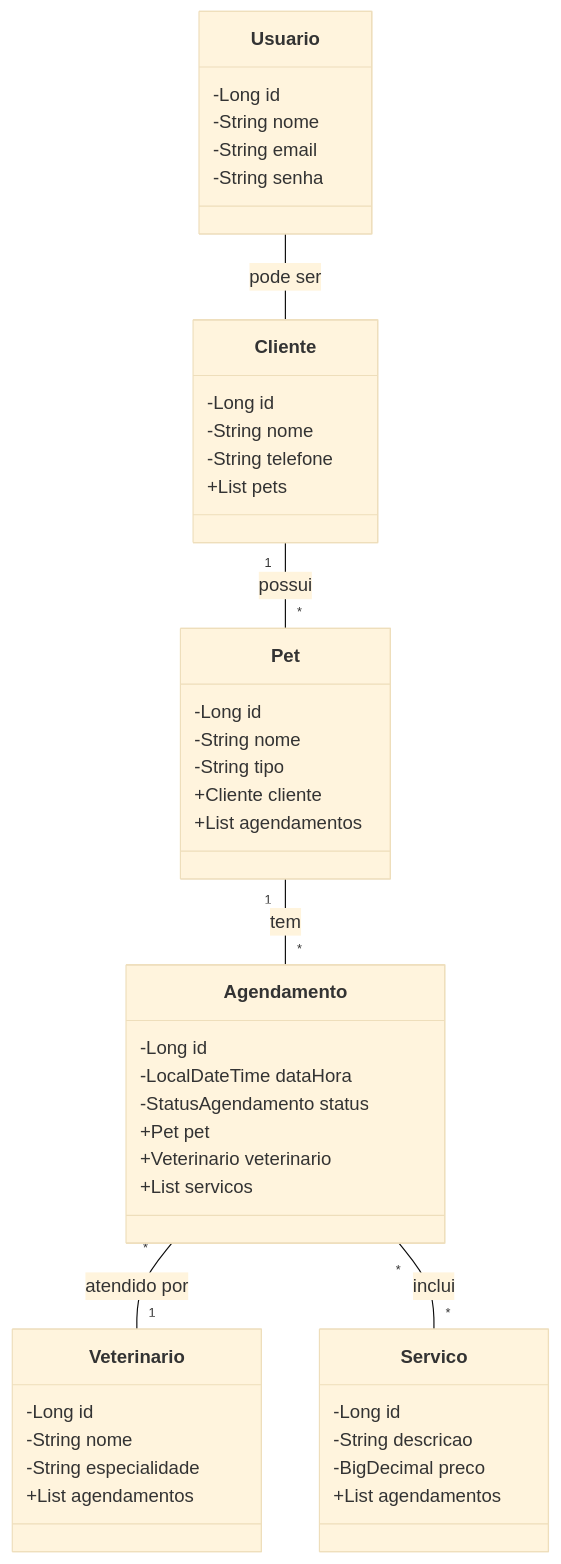
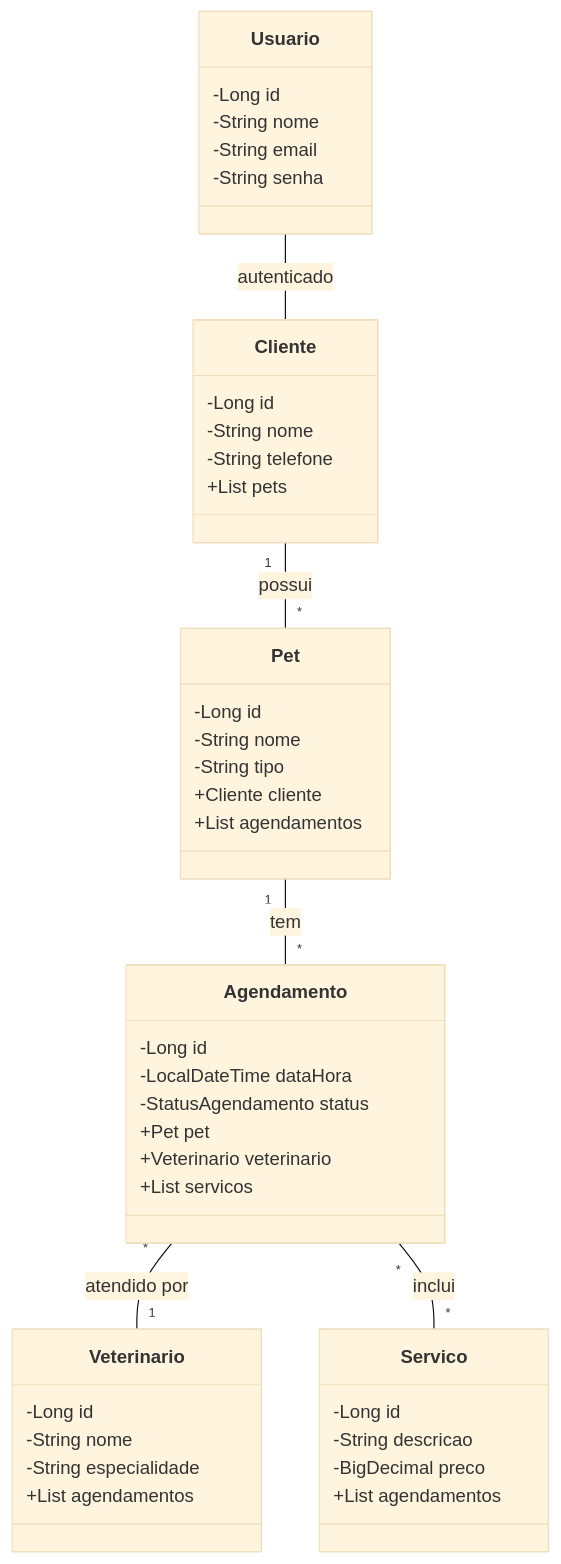
One commit to Lucasgyn94/spring-pet-api changed the diagram in README.md. Above: the diagram before and after it, drawn with Mermaid (base theme).

Commit message:
update relation user and client

````diff
--- a/README.md
+++ b/README.md
@@ -3,55 +3,55 @@
 ```mermaid
 classDiagram
     class Cliente {
         -Long id
         -String nome
         -String telefone
         +List<Pet> pets
     }
     
     class Pet {
         -Long id
         -String nome
         -String tipo
         +Cliente cliente
         +List<Agendamento> agendamentos
     }
     
     class Agendamento {
         -Long id
         -LocalDateTime dataHora
         -StatusAgendamento status
         +Pet pet
         +Veterinario veterinario
         +List<Servico> servicos
     }
     
     class Veterinario {
         -Long id
         -String nome
         -String especialidade
         +List<Agendamento> agendamentos
     }
     
     class Servico {
         -Long id
         -String descricao
         -BigDecimal preco
         +List<Agendamento> agendamentos
     }
     
     class Usuario {
         -Long id
         -String nome
         -String email
         -String senha
     }
     
     Cliente "1" -- "*" Pet : possui
     Pet "1" -- "*" Agendamento : tem
     Agendamento "*" -- "1" Veterinario : atendido por
     Agendamento "*" -- "*" Servico : inclui
-    Usuario -- Cliente : pode ser
+    Usuario -- Cliente : autenticado
 
 
 ```
````
